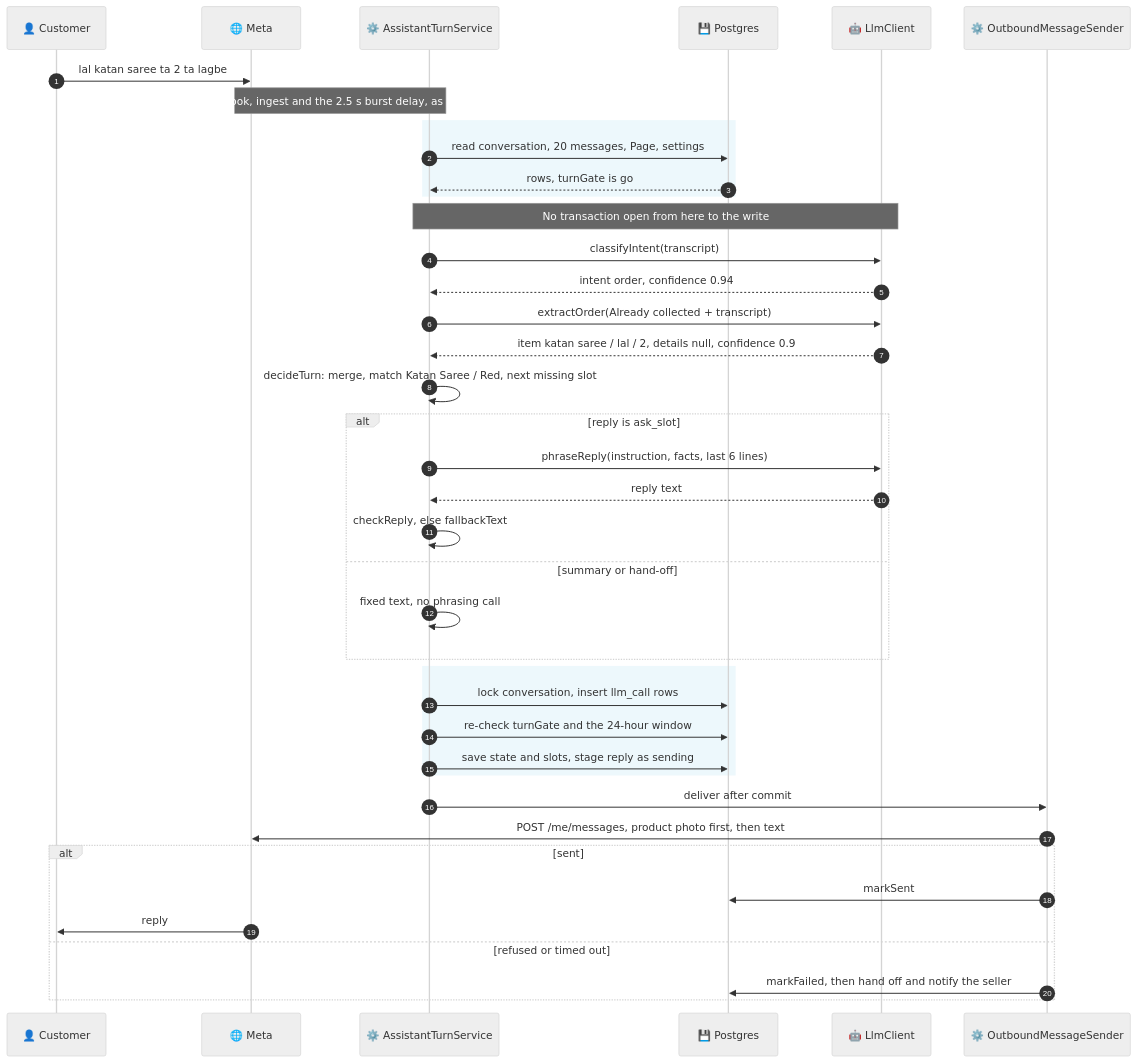
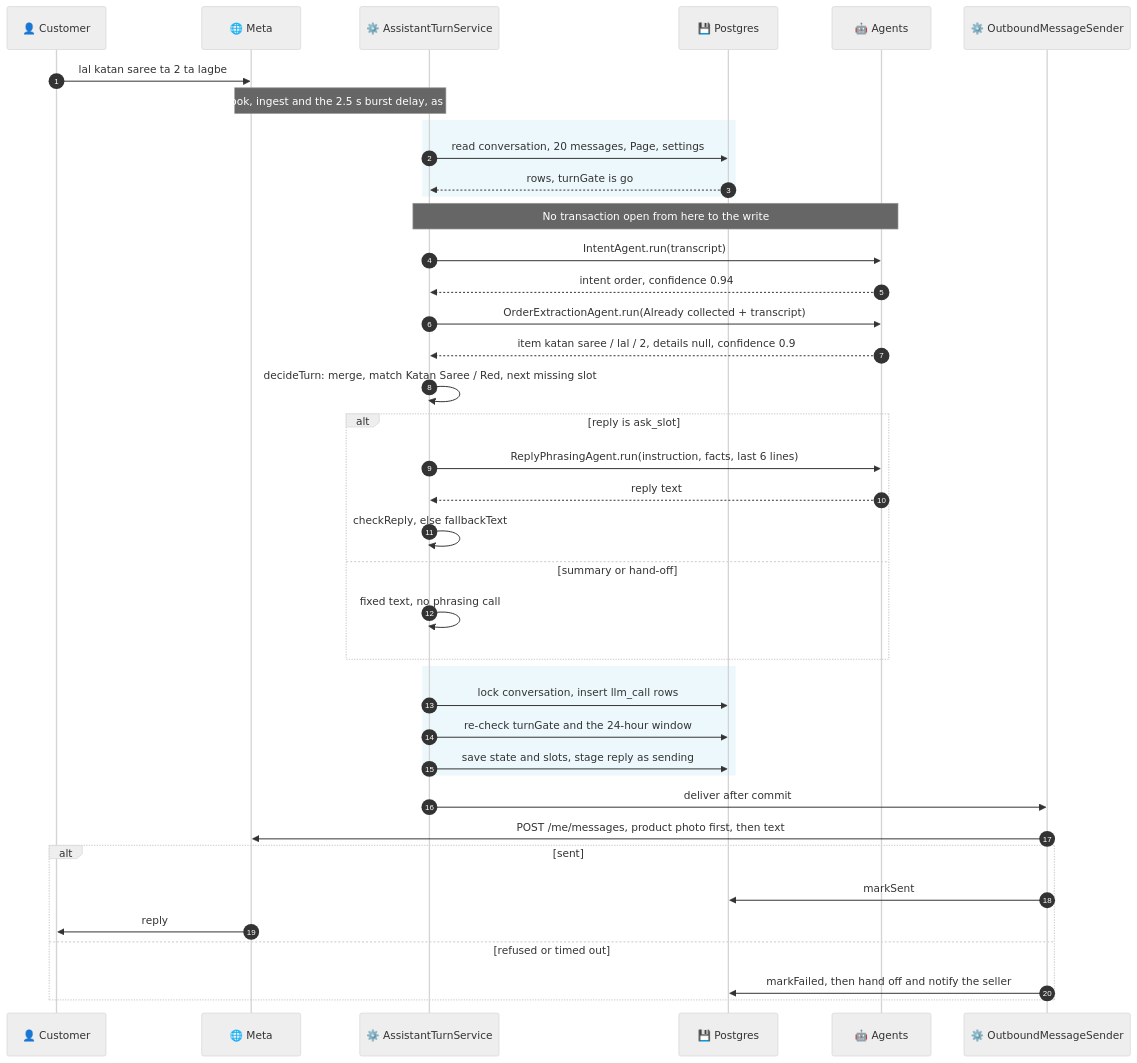
Before and after one commit to nabil404/project-alpha: the fourth of 4 diagrams in docs/architecture/ai.md, drawn with Mermaid (neutral theme). The commit also changed other lines of this file and 10 other files, not shown here.

First line of the commit message:
docs: describe the LLM agents and their contract

````diff
--- a/docs/architecture/ai.md
+++ b/docs/architecture/ai.md
@@ -836,43 +869,43 @@
 ```mermaid
 sequenceDiagram
     autonumber
     participant C as 👤 Customer
     participant Meta as 🌐 Meta
     participant Turn as ⚙️ AssistantTurnService
     participant DB as 💾 Postgres
-    participant LLM as 🤖 LlmClient
+    participant LLM as 🤖 Agents
     participant Out as ⚙️ OutboundMessageSender
 
     C->>Meta: lal katan saree ta 2 ta lagbe
     Note over Meta,Turn: webhook, ingest and the 2.5 s burst delay, as above
     rect rgba(135, 206, 235, 0.15)
         Turn->>DB: read conversation, 20 messages, Page, settings
         DB-->>Turn: rows, turnGate is go
     end
     Note over Turn,LLM: No transaction open from here to the write
-    Turn->>LLM: classifyIntent(transcript)
+    Turn->>LLM: IntentAgent.run(transcript)
     LLM-->>Turn: intent order, confidence 0.94
-    Turn->>LLM: extractOrder(Already collected + transcript)
+    Turn->>LLM: OrderExtractionAgent.run(Already collected + transcript)
     LLM-->>Turn: item katan saree / lal / 2, details null, confidence 0.9
     Turn->>Turn: decideTurn: merge, match Katan Saree / Red, next missing slot
     alt reply is ask_slot
-        Turn->>LLM: phraseReply(instruction, facts, last 6 lines)
+        Turn->>LLM: ReplyPhrasingAgent.run(instruction, facts, last 6 lines)
         LLM-->>Turn: reply text
         Turn->>Turn: checkReply, else fallbackText
     else summary or hand-off
         Turn->>Turn: fixed text, no phrasing call
     end
     rect rgba(135, 206, 235, 0.15)
         Turn->>DB: lock conversation, insert llm_call rows
         Turn->>DB: re-check turnGate and the 24-hour window
         Turn->>DB: save state and slots, stage reply as sending
     end
     Turn->>Out: deliver after commit
     Out->>Meta: POST /me/messages, product photo first, then text
     alt sent
         Out->>DB: markSent
         Meta->>C: reply
     else refused or timed out
         Out->>DB: markFailed, then hand off and notify the seller
     end
 ```
````
